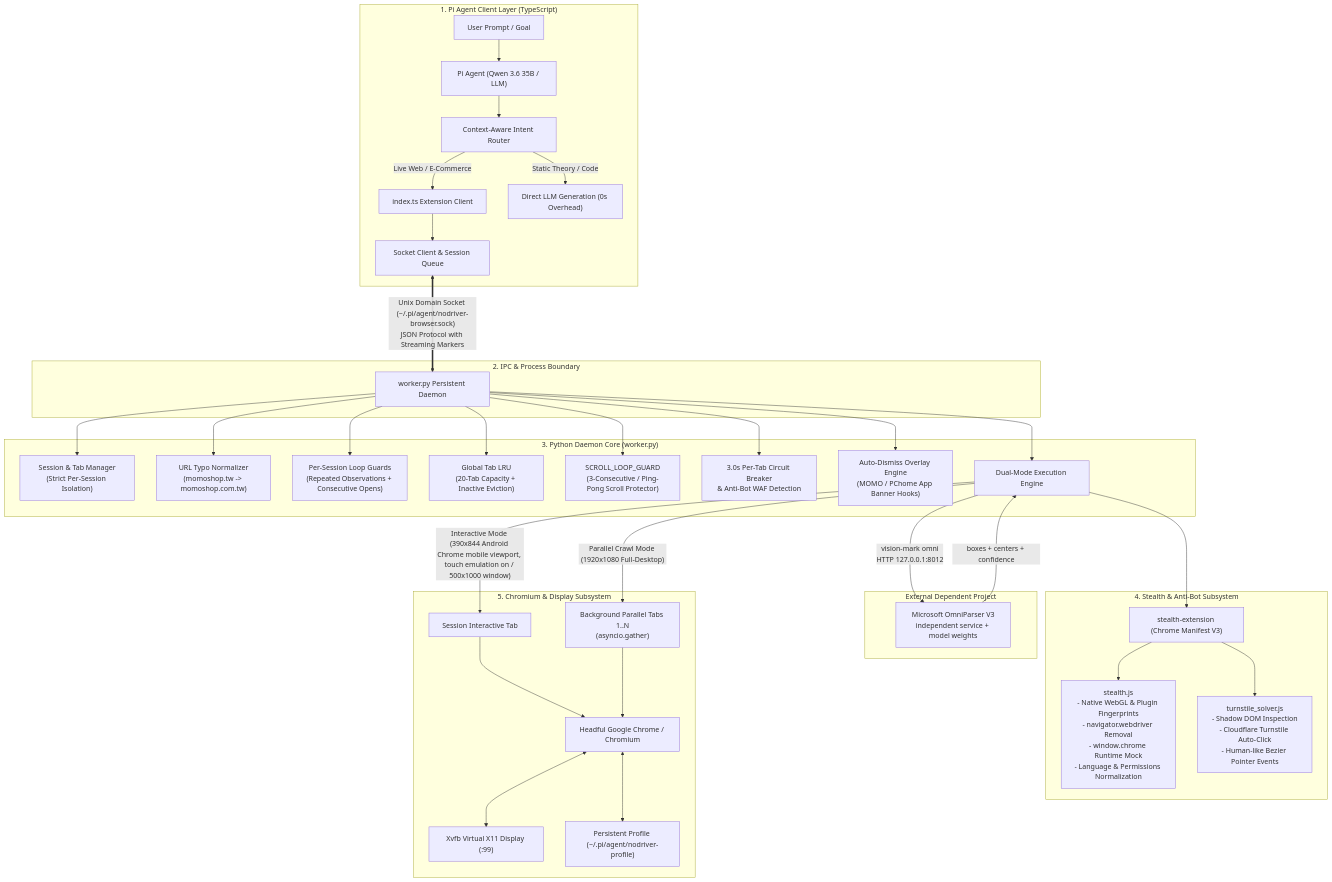
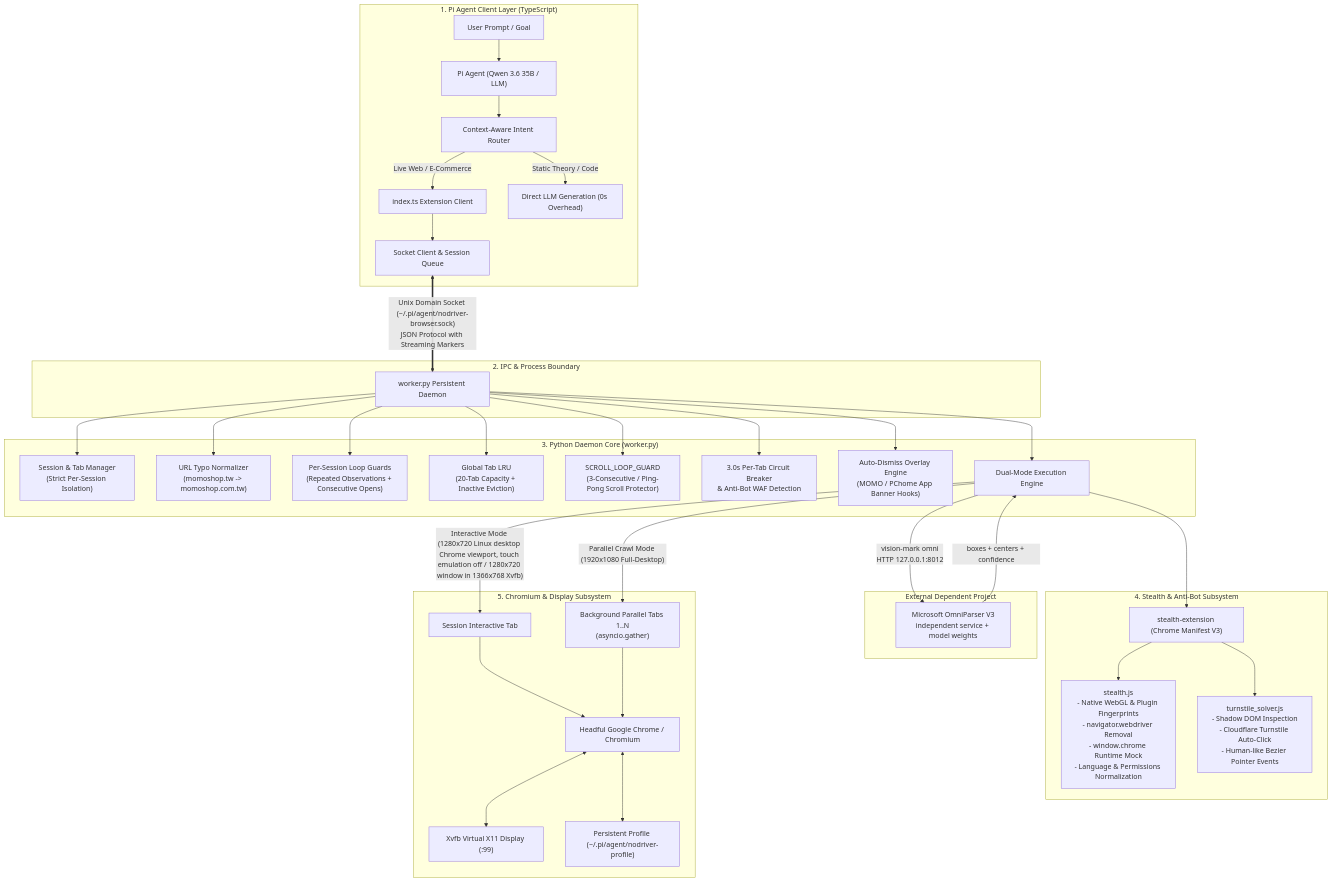
One commit to AyaSakura-comp/pi-nodriver-browser changed the first of 5 diagrams in README.md. Above: the diagram before and after it, drawn with Mermaid. The commit also changed other lines of this file and 6 other files, not shown here.

Commit message:
feat: default to 1280x720 desktop mode with native Linux Chrome identity and update docs

````diff
--- a/README.md
+++ b/README.md
@@ -132,45 +132,45 @@
 ```mermaid
 flowchart TB
     subgraph ClientLayer["1. Pi Agent Client Layer (TypeScript)"]
         UI["User Prompt / Goal"] --> AGENT["Pi Agent (Qwen 3.6 35B / LLM)"]
         AGENT --> ROUTER["Context-Aware Intent Router"]
         ROUTER -->|"Live Web / E-Commerce"| EXT["index.ts Extension Client"]
         ROUTER -->|"Static Theory / Code"| DIRECT["Direct LLM Generation (0s Overhead)"]
         EXT --> IPC_CLIENT["Socket Client & Session Queue"]
     end
 
     subgraph IPCLayer["2. IPC & Process Boundary"]
         IPC_CLIENT <==>|"Unix Domain Socket (~/.pi/agent/nodriver-browser.sock)\nJSON Protocol with Streaming Markers"| DAEMON["worker.py Persistent Daemon"]
     end
 
     subgraph DaemonLayer["3. Python Daemon Core (worker.py)"]
         DAEMON --> SESSIONS["Session & Tab Manager\n(Strict Per-Session Isolation)"]
         DAEMON --> URL_NORM["URL Typo Normalizer\n(momoshop.tw -> momoshop.com.tw)"]
         DAEMON --> GUARD["Per-Session Loop Guards\n(Repeated Observations + Consecutive Opens)"]
         DAEMON --> TAB_LRU["Global Tab LRU\n(20-Tab Capacity + Inactive Eviction)"]
         DAEMON --> SCROLL_GUARD["SCROLL_LOOP_GUARD\n(3-Consecutive / Ping-Pong Scroll Protector)"]
         DAEMON --> BREAKER["3.0s Per-Tab Circuit Breaker\n& Anti-Bot WAF Detection"]
         DAEMON --> AUTO_DISMISS["Auto-Dismiss Overlay Engine\n(MOMO / PChome App Banner Hooks)"]
         DAEMON --> ENGINE["Dual-Mode Execution Engine"]
     end
 
     subgraph StealthLayer["4. Stealth & Anti-Bot Subsystem"]
         ENGINE --> STEALTH_EXT["stealth-extension (Chrome Manifest V3)"]
         STEALTH_EXT --> S_STEALTH["stealth.js\n- Native WebGL & Plugin Fingerprints\n- navigator.webdriver Removal\n- window.chrome Runtime Mock\n- Language & Permissions Normalization"]
         STEALTH_EXT --> S_SOLVER["turnstile_solver.js\n- Shadow DOM Inspection\n- Cloudflare Turnstile Auto-Click\n- Human-like Bezier Pointer Events"]
     end
 
     subgraph DependentProjectLayer["External Dependent Project"]
         ENGINE -->|"vision-mark omni\nHTTP 127.0.0.1:8012"| OMNI["Microsoft OmniParser V3\nindependent service + model weights"]
         OMNI -->|"boxes + centers + confidence"| ENGINE
     end
 
     subgraph BrowserLayer["5. Chromium & Display Subsystem"]
-        ENGINE -->|"Interactive Mode (390x844 Android Chrome mobile viewport, touch emulation on / 500x1000 window)"| TAB_ACTIVE["Session Interactive Tab"]
+        ENGINE -->|"Interactive Mode (1280x720 Linux desktop Chrome viewport, touch emulation off / 1280x720 window in 1366x768 Xvfb)"| TAB_ACTIVE["Session Interactive Tab"]
         ENGINE -->|"Parallel Crawl Mode (1920x1080 Full-Desktop)"| TABS_POOL["Background Parallel Tabs 1..N\n(asyncio.gather)"]
         TAB_ACTIVE --> CHROME["Headful Google Chrome / Chromium"]
         TABS_POOL --> CHROME
         CHROME <--> XVFB["Xvfb Virtual X11 Display (:99)"]
         CHROME <--> PROFILE["Persistent Profile (~/.pi/agent/nodriver-profile)"]
     end
 ```
````
